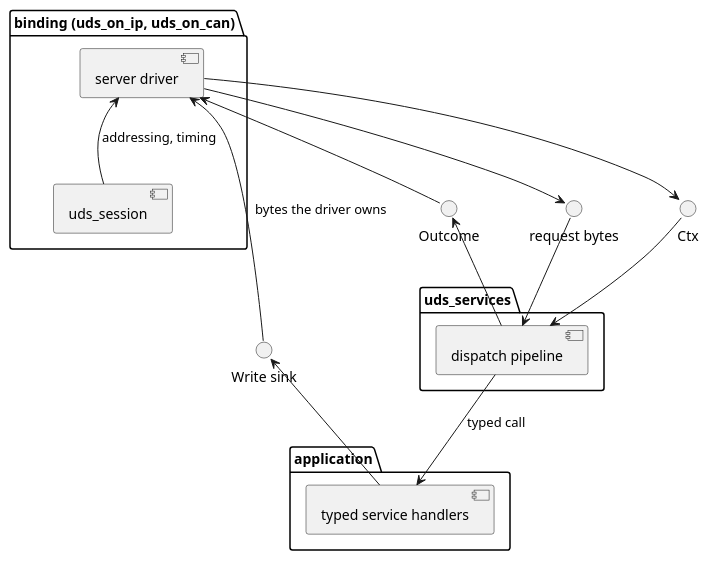
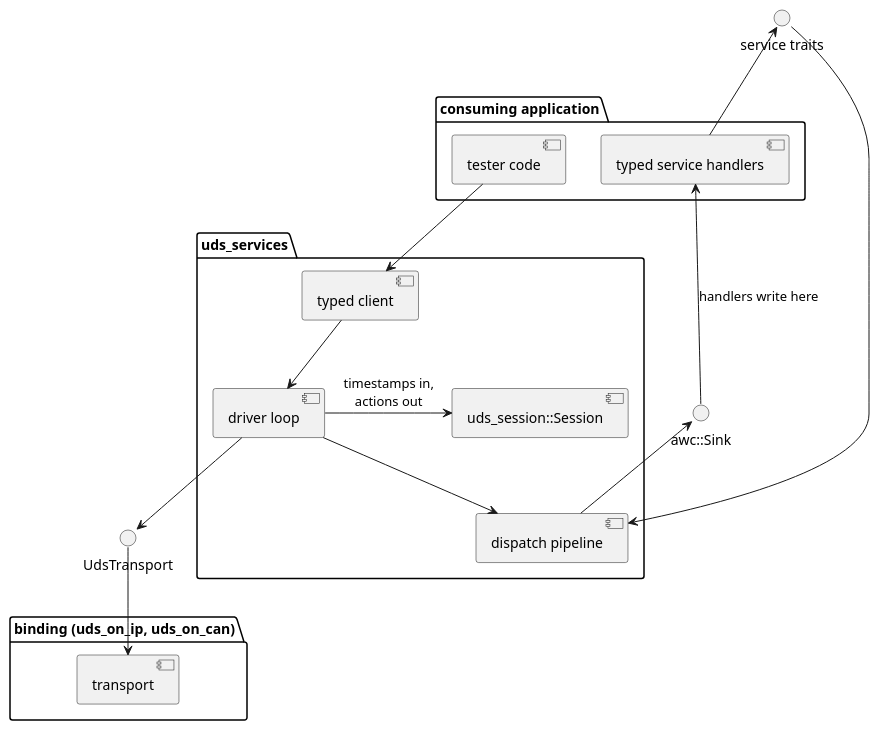
One commit to luminartech/uds_stack changed the diagram in crates/uds_services/docs/architecture/seams.rst. Above: the diagram before and after it, drawn with PlantUML. The commit also changed other lines of this file and 2 other files, not shown here.

```diff
--- a/crates/uds_services/docs/architecture/seams.rst
+++ b/crates/uds_services/docs/architecture/seams.rst
@@ -24,35 +57,37 @@
 .. uml::
    :align: center
-   :caption: The server-side seams. Every trait on this diagram is declared by
-             ``uds_session``; the sink is ``automotive-wire-codec``'s.
+   :caption: The seams under the driver. Everything inside the ``uds_services`` box is
+             internal; only the three interfaces on its boundary are seams.
 
    @startuml
-   package "binding (uds_on_ip, uds_on_can)" {
-     [server driver] as DRV
-     [uds_session] as SESS
+   package "consuming application" {
+     [typed service handlers] as APPH
+     [tester code] as CLI
    }
 
    package "uds_services" {
+     [driver loop] as DRV
      [dispatch pipeline] as PIPE
+     [typed client] as TC
+     [uds_session::Session] as SESS
    }
 
-   package "application" {
-     [typed service handlers] as APPH
+   package "binding (uds_on_ip, uds_on_can)" {
+     [transport] as TR
    }
 
-   interface "request bytes" as BYTES
-   interface "Ctx" as CTX
-   interface "Outcome" as OUT
-   interface "Write sink" as SINK
+   interface "service traits" as ST
+   interface "UdsTransport" as UT
+   interface "awc::Sink" as SINK
 
-   DRV -down-> BYTES
-   BYTES -down-> PIPE
-   DRV -down-> CTX
-   SESS -up-> DRV : addressing, timing
-   CTX -down-> PIPE
-   PIPE -up-> OUT
-   OUT -up-> DRV
-   PIPE -down-> APPH : typed call
-   APPH -up-> SINK
-   SINK -up-> DRV : bytes the driver owns
+   APPH -up-> ST
+   CLI -down-> TC
+   ST -down-> PIPE
+   DRV -down-> PIPE
+   DRV -right-> SESS : timestamps in,\nactions out
+   TC -down-> DRV
+   DRV -down-> UT
+   UT -down-> TR
+   PIPE -up-> SINK
+   SINK -up-> APPH : handlers write here
    @enduml
```
